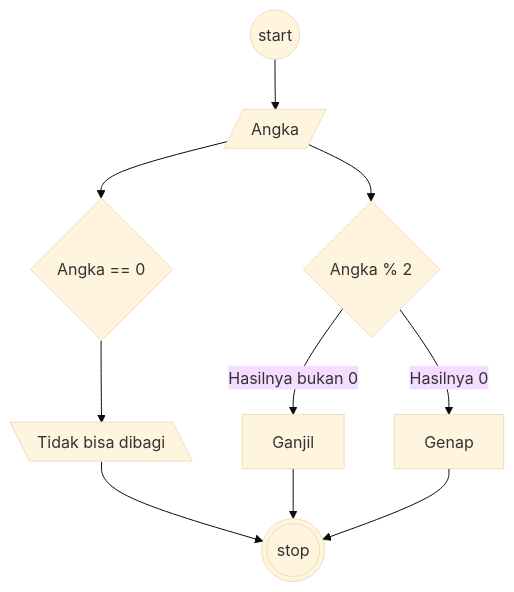
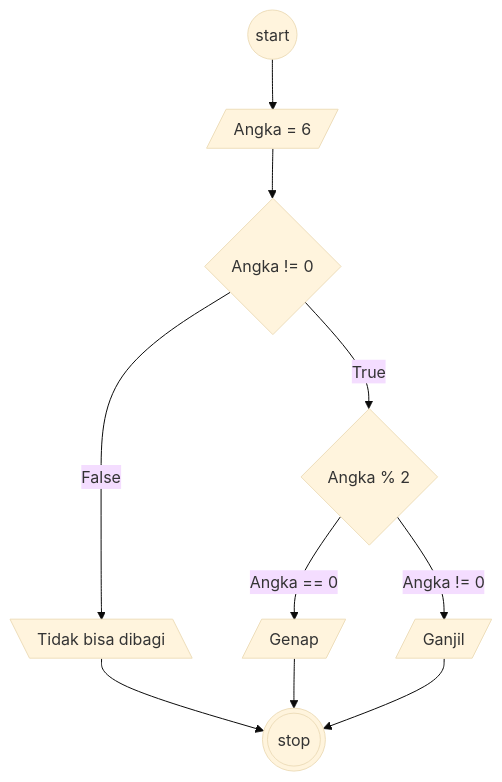
The diagram in flowchart-ganjil-genap.md (AbiPasundan/koda-b6-algoritma), drawn with Mermaid (base theme) before and after one commit.

````diff
--- a/flowchart-ganjil-genap.md
+++ b/flowchart-ganjil-genap.md
@@ -1,17 +1,19 @@
 ```mermaid
 flowchart TB
  A@{ shape: circ, label: "start"} 
- B@{ shape: lean-r, label: "Angka"}
- X@{ shape: diamond, label: "Angka == 0"}
- Y@{ shape: lean-l, label: "Tidak bisa dibagi"}
- C@{ shape: diamond, label: "Angka % 2"}
- D@{ shape: lean-l, label: "Genap"}
- E@{ shape: lean-l, label: "Ganjil"}
+ B@{ shape: lean-r, label: "Angka = 6"}
+ C@{ shape: diamond, label: "Angka != 0"}
+ D@{ shape: lean-l, label: "Tidak bisa dibagi"}
+ E@{ shape: diamond, label: "Angka % 2"}
+ F@{ shape: lean-r, label: "Genap"}
+ G@{ shape: lean-r, label: "Ganjil"}
  Z@{ shape: dbl-circ, label: "stop"}
+
  A-->B-->
- C-->|Hasilnya 0|D[Genap]
- C-->|Hasilnya bukan 0|E[Ganjil]
- B-->X-->Y-->Z
- E-->Z
- D-->Z
+ C-->|False|D-->Z
+ C-->|True|E-->|Angka == 0|F 
+ E-->|Angka != 0|G
+ F-->Z
+ G-->Z
+ 
 ```
````
